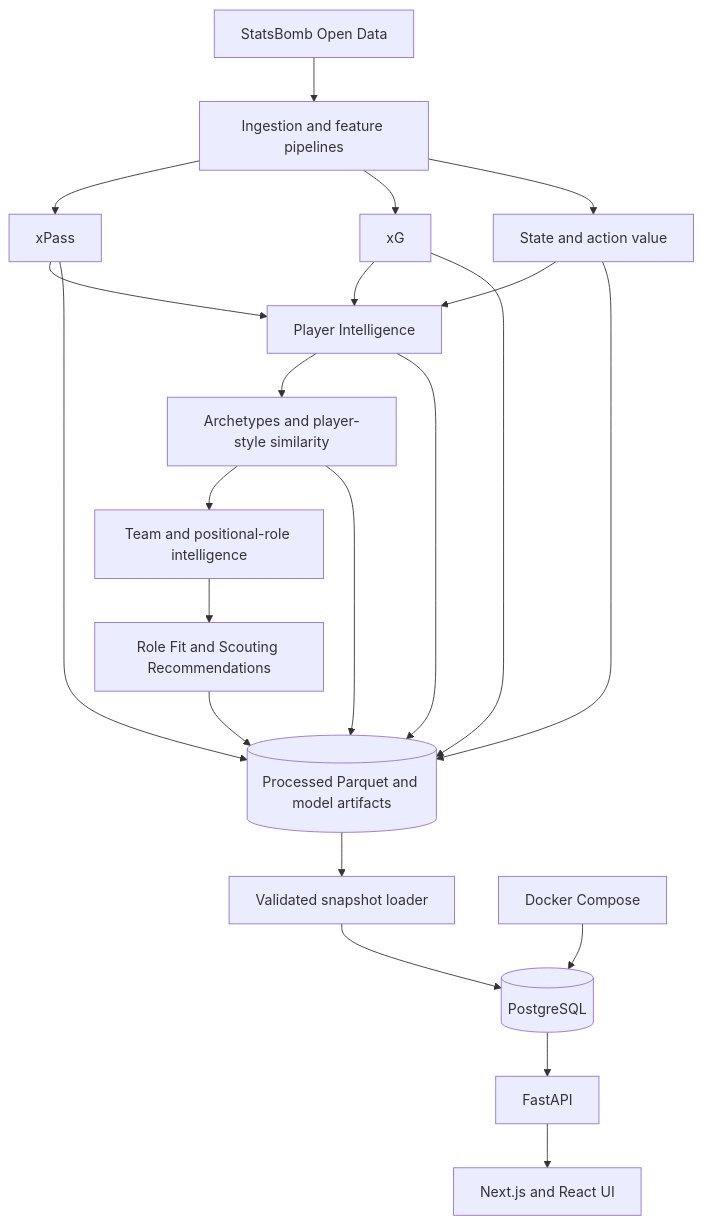
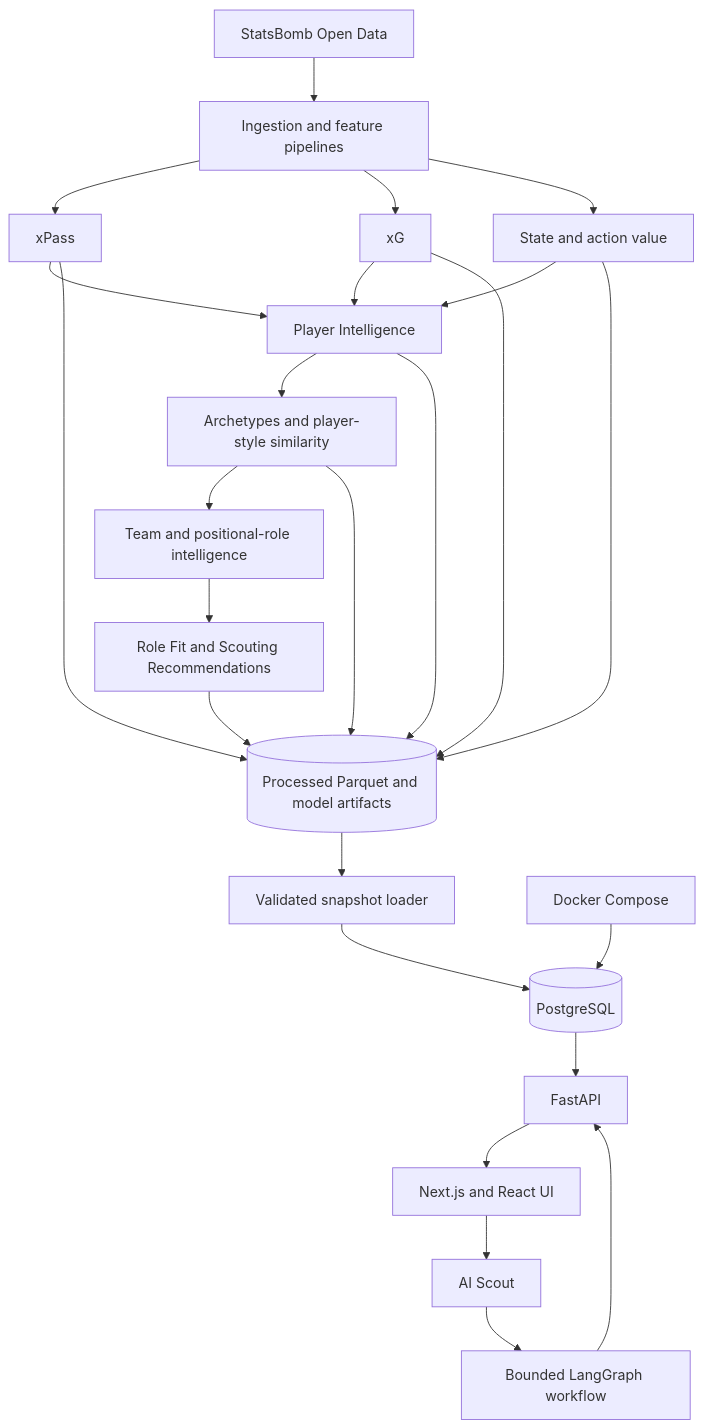
One commit to Misha-Abraimov/FootyScout changed the diagram in README.md. Above: the diagram before and after it, drawn with Mermaid. The commit also changed other lines of this file and 161 other files, not shown here.

````diff
--- a/README.md
+++ b/README.md
@@ -43,25 +52,28 @@
 ```mermaid
 flowchart TD
     SB[StatsBomb Open Data] --> FP[Ingestion and feature pipelines]
     FP --> XP[xPass]
     FP --> XG[xG]
     FP --> AV[State and action value]
     XP --> PI[Player Intelligence]
     XG --> PI
     AV --> PI
     PI --> AS[Archetypes and player-style similarity]
     AS --> TI[Team and positional-role intelligence]
     TI --> RF[Role Fit and Scouting Recommendations]
 
     XP --> ART[(Processed Parquet and model artifacts)]
     XG --> ART
     AV --> ART
     PI --> ART
     AS --> ART
     RF --> ART
     ART --> LOAD[Validated snapshot loader]
     DC[Docker Compose] --> DB[(PostgreSQL)]
     LOAD --> DB
     DB --> API[FastAPI]
     API --> UI[Next.js and React UI]
+    UI --> AI[AI Scout]
+    AI --> LG[Bounded LangGraph workflow]
+    LG --> API
 ```
````
